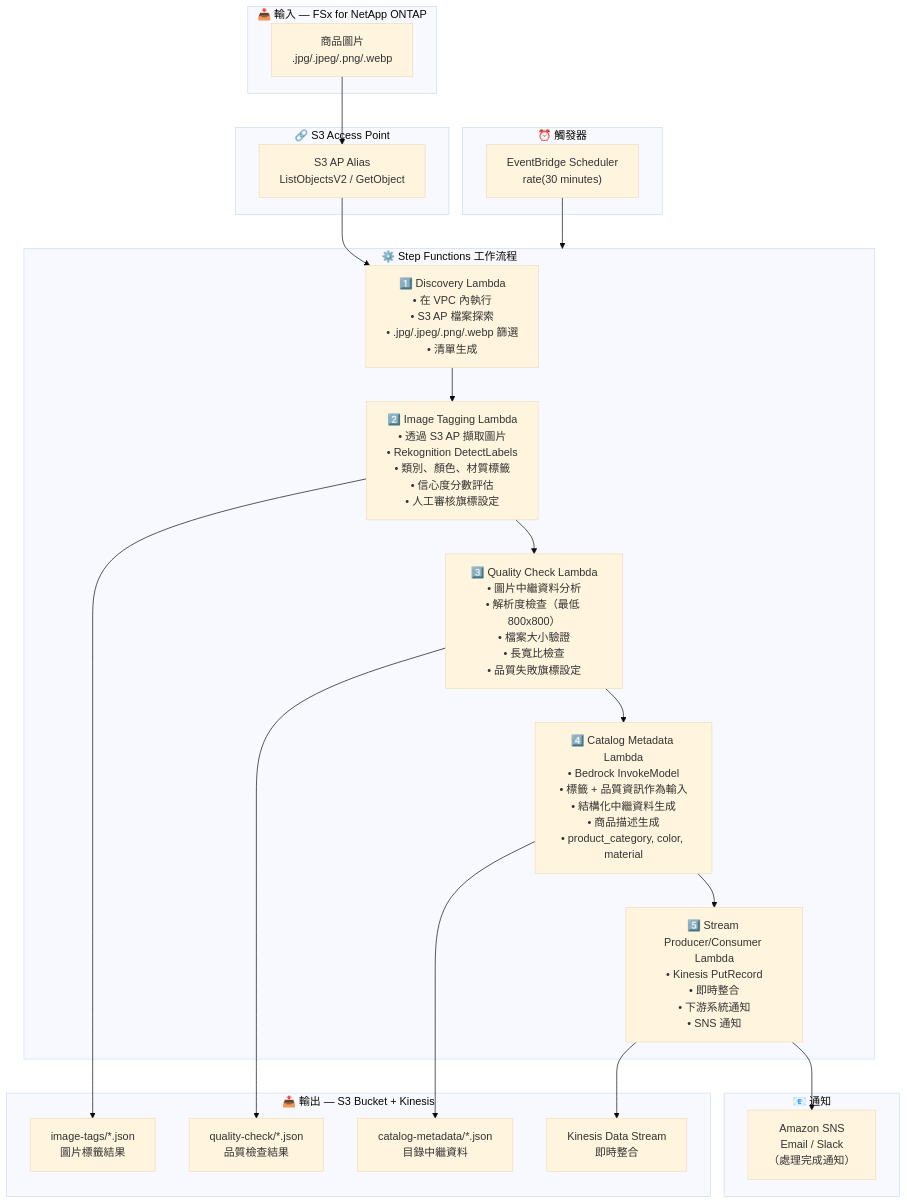
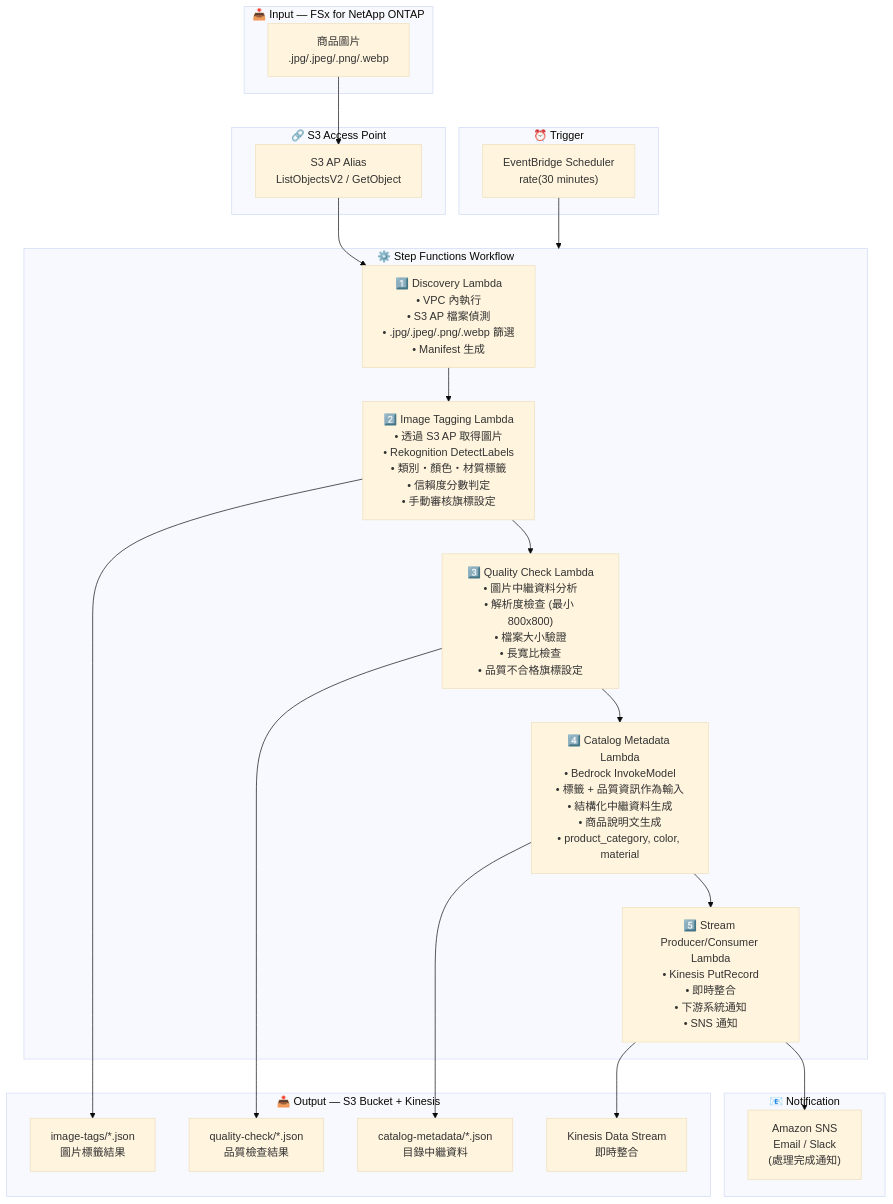
One commit to Yoshiki0705/FSx-for-ONTAP-S3AccessPoints-Serverless-Patterns changed the diagram in retail-catalog/docs/architecture.zh-TW.md. Above: the diagram before and after it, drawn with Mermaid (base theme). The commit also changed other lines of this file and 54 other files, not shown here.

````diff
--- a/retail-catalog/docs/architecture.zh-TW.md
+++ b/retail-catalog/docs/architecture.zh-TW.md
@@ -11,46 +13,46 @@
 ```mermaid
 flowchart TB
-    subgraph INPUT["📥 輸入 — FSx for NetApp ONTAP"]
+    subgraph INPUT["📥 Input — FSx for NetApp ONTAP"]
         DATA["商品圖片<br/>.jpg/.jpeg/.png/.webp"]
     end
 
     subgraph S3AP["🔗 S3 Access Point"]
         ALIAS["S3 AP Alias<br/>ListObjectsV2 / GetObject"]
     end
 
-    subgraph TRIGGER["⏰ 觸發器"]
+    subgraph TRIGGER["⏰ Trigger"]
         EB["EventBridge Scheduler<br/>rate(30 minutes)"]
     end
 
-    subgraph SFN["⚙️ Step Functions 工作流程"]
-        DISC["1️⃣ Discovery Lambda<br/>• 在 VPC 內執行<br/>• S3 AP 檔案探索<br/>• .jpg/.jpeg/.png/.webp 篩選<br/>• 清單生成"]
-        IT["2️⃣ Image Tagging Lambda<br/>• 透過 S3 AP 擷取圖片<br/>• Rekognition DetectLabels<br/>• 類別、顏色、材質標籤<br/>• 信心度分數評估<br/>• 人工審核旗標設定"]
-        QC["3️⃣ Quality Check Lambda<br/>• 圖片中繼資料分析<br/>• 解析度檢查（最低 800x800）<br/>• 檔案大小驗證<br/>• 長寬比檢查<br/>• 品質失敗旗標設定"]
-        CM["4️⃣ Catalog Metadata Lambda<br/>• Bedrock InvokeModel<br/>• 標籤 + 品質資訊作為輸入<br/>• 結構化中繼資料生成<br/>• 商品描述生成<br/>• product_category, color, material"]
+    subgraph SFN["⚙️ Step Functions Workflow"]
+        DISC["1️⃣ Discovery Lambda<br/>• VPC 內執行<br/>• S3 AP 檔案偵測<br/>• .jpg/.jpeg/.png/.webp 篩選<br/>• Manifest 生成"]
+        IT["2️⃣ Image Tagging Lambda<br/>• 透過 S3 AP 取得圖片<br/>• Rekognition DetectLabels<br/>• 類別・顏色・材質標籤<br/>• 信賴度分數判定<br/>• 手動審核旗標設定"]
+        QC["3️⃣ Quality Check Lambda<br/>• 圖片中繼資料分析<br/>• 解析度檢查 (最小 800x800)<br/>• 檔案大小驗證<br/>• 長寬比檢查<br/>• 品質不合格旗標設定"]
+        CM["4️⃣ Catalog Metadata Lambda<br/>• Bedrock InvokeModel<br/>• 標籤 + 品質資訊作為輸入<br/>• 結構化中繼資料生成<br/>• 商品說明文生成<br/>• product_category, color, material"]
         SP["5️⃣ Stream Producer/Consumer Lambda<br/>• Kinesis PutRecord<br/>• 即時整合<br/>• 下游系統通知<br/>• SNS 通知"]
     end
 
-    subgraph OUTPUT["📤 輸出 — S3 Bucket + Kinesis"]
+    subgraph OUTPUT["📤 Output — S3 Bucket + Kinesis"]
         TAGOUT["image-tags/*.json<br/>圖片標籤結果"]
         QCOUT["quality-check/*.json<br/>品質檢查結果"]
         CATOUT["catalog-metadata/*.json<br/>目錄中繼資料"]
         KINESIS["Kinesis Data Stream<br/>即時整合"]
     end
 
-    subgraph NOTIFY["📧 通知"]
-        SNS["Amazon SNS<br/>Email / Slack<br/>（處理完成通知）"]
+    subgraph NOTIFY["📧 Notification"]
+        SNS["Amazon SNS<br/>Email / Slack<br/>(處理完成通知)"]
     end
 
     DATA --> ALIAS
     ALIAS --> DISC
     EB --> SFN
     DISC --> IT
     IT --> QC
     QC --> CM
     CM --> SP
     IT --> TAGOUT
     QC --> QCOUT
     CM --> CATOUT
     SP --> KINESIS
     SP --> SNS
 ```
````
